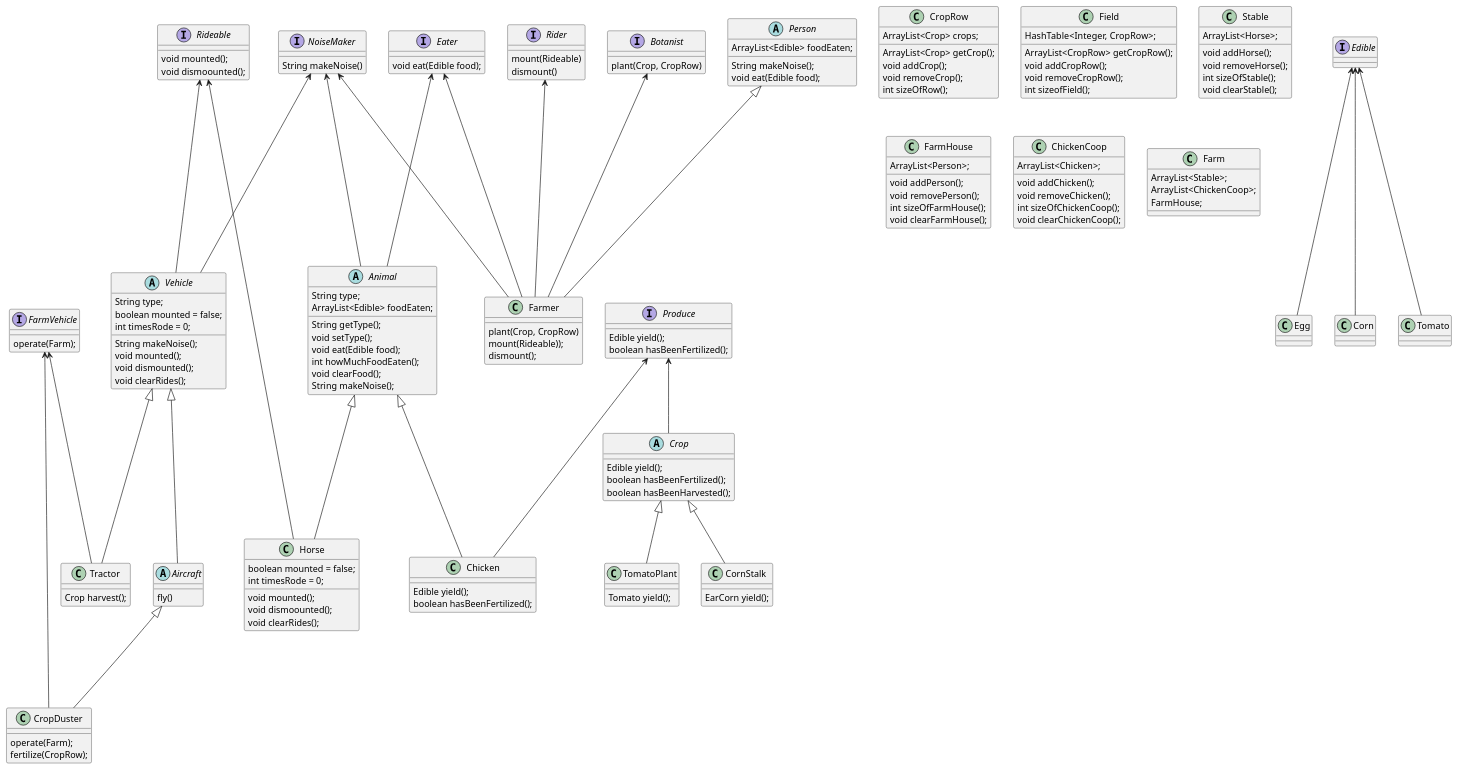
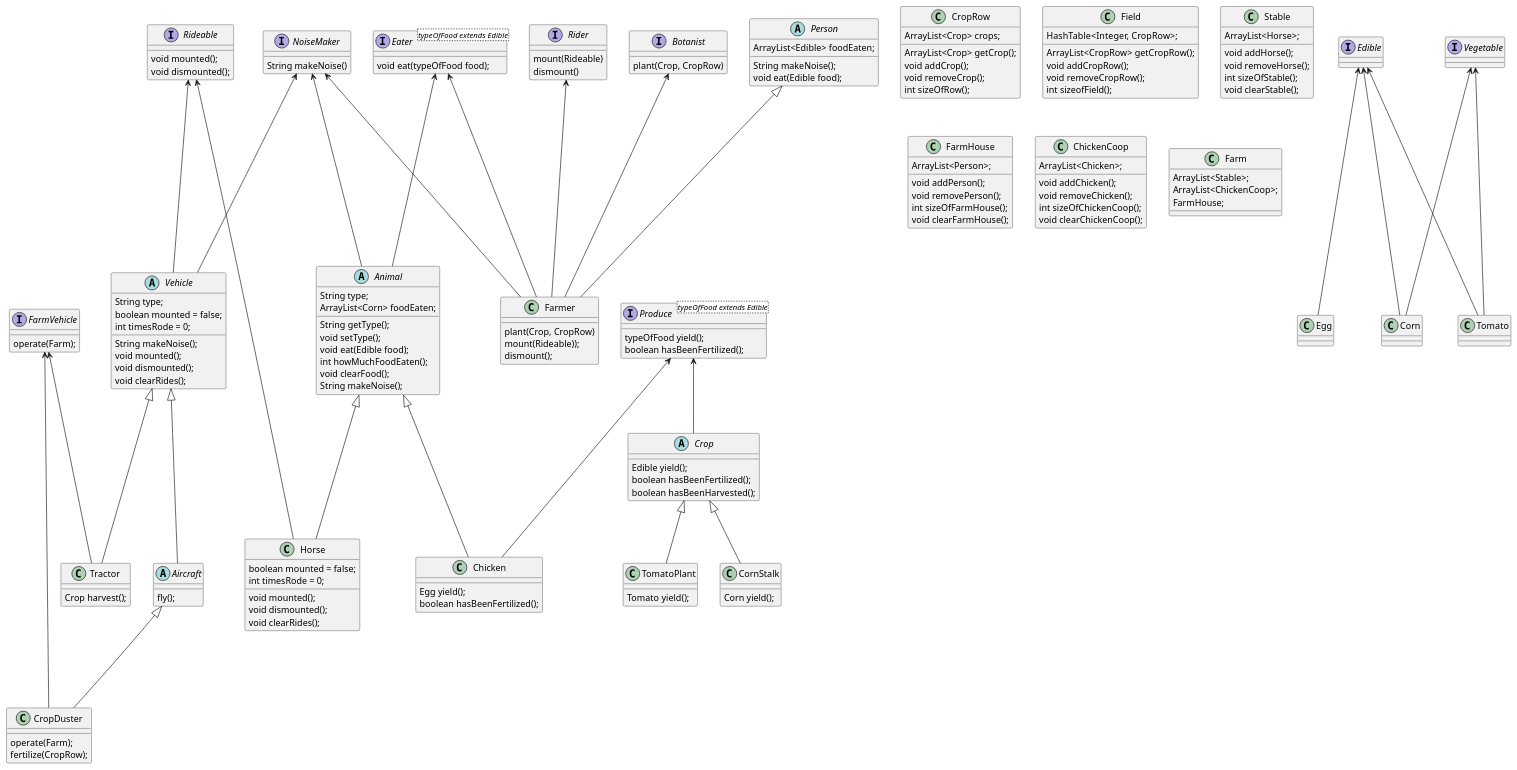
The diagram in FroliansFarmUML.puml (xyuan04/Maven.FarmerFroilan), drawn with PlantUML before and after one commit.

Commit message:
approved UML

```diff
--- a/FroliansFarmUML.puml
+++ b/FroliansFarmUML.puml
@@ -2,7 +2,7 @@
 
 abstract class Animal {
 String type;
-ArrayList<Edible> foodEaten;
+ArrayList<Corn> foodEaten;
 
 String getType();
 void setType();
@@ -15,16 +15,19 @@
 interface Edible {
 }
 
-interface Eater {
-void eat(Edible food);
+interface Vegetable {
+}
+
+interface Eater<typeOfFood extends Edible> {
+void eat(typeOfFood food);
 }
 
 interface NoiseMaker {
 String makeNoise()
 }
 
-interface Produce {
-Edible yield();
+interface Produce<typeOfFood extends Edible> {
+typeOfFood yield();
 boolean hasBeenFertilized();
 }
 
@@ -35,7 +38,7 @@
 }
 
 class CornStalk {
-EarCorn yield();
+Corn yield();
 }
 
 class TomatoPlant {
@@ -47,12 +50,12 @@
 int timesRode = 0;
 
 void mounted();
-void dismoounted();
+void dismounted();
 void clearRides();
 }
 
 class Chicken {
-Edible yield();
+Egg yield();
 boolean hasBeenFertilized();
 }
 
@@ -61,7 +64,7 @@
 
 interface Rideable {
 void mounted();
-void dismoounted();
+void dismounted();
 }
 
 interface Rider {
@@ -111,7 +114,7 @@
 }
 
 abstract class Aircraft {
-fly()
+fly();
 }
 
 class CropDuster {
@@ -206,5 +209,8 @@
 Rider <--- Farmer
 Botanist <--- Farmer
 
+Vegetable <--- Corn
+Vegetable <--- Tomato
+
 
 @enduml
```
